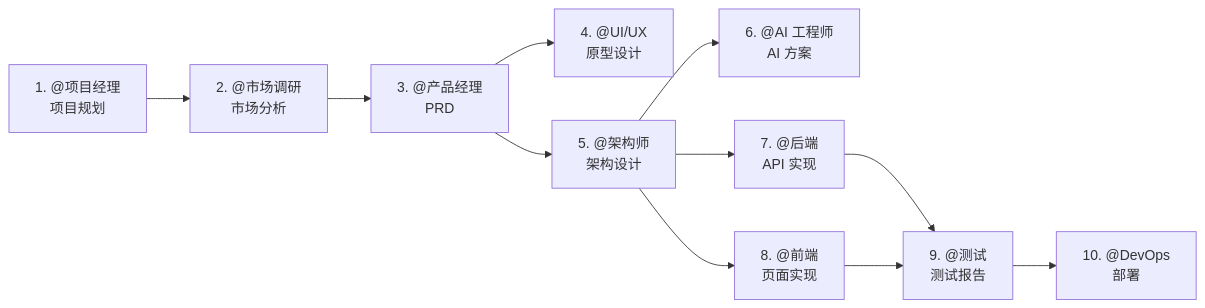
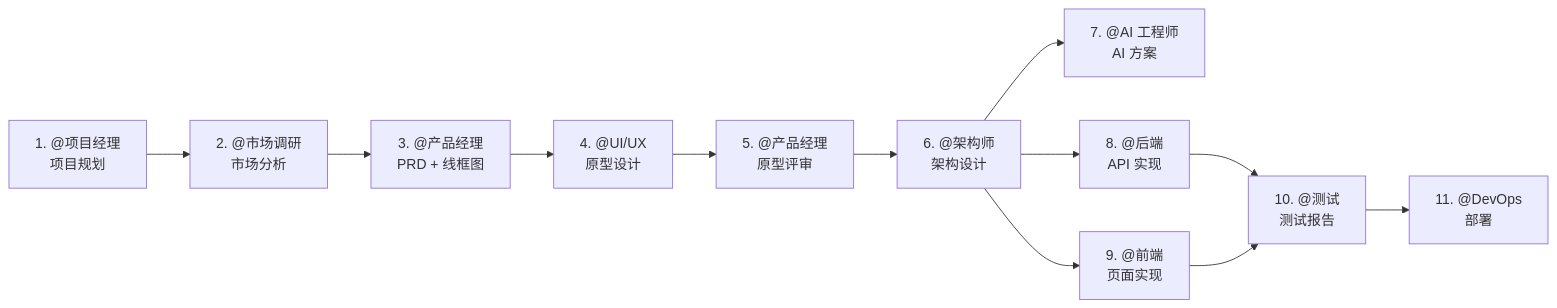
Before and after one commit to bignof/Agent-Team-Framework: the diagram in README.md, drawn with Mermaid. The commit also changed other lines of this file and 8 other files, not shown here.

````diff
--- a/README.md
+++ b/README.md
@@ -57,13 +57,14 @@
 ```mermaid
 graph LR
     A[1. @项目经理<br/>项目规划] --> B[2. @市场调研<br/>市场分析]
-    B --> C[3. @产品经理<br/>PRD]
+    B --> C[3. @产品经理<br/>PRD + 线框图]
     C --> D[4. @UI/UX<br/>原型设计]
-    C --> E[5. @架构师<br/>架构设计]
-    E --> F[6. @AI 工程师<br/>AI 方案]
-    E --> G[7. @后端<br/>API 实现]
-    E --> H[8. @前端<br/>页面实现]
-    G --> I[9. @测试<br/>测试报告]
-    H --> I
-    I --> J[10. @DevOps<br/>部署]
+    D --> E[5. @产品经理<br/>原型评审]
+    E --> F[6. @架构师<br/>架构设计]
+    F --> G[7. @AI 工程师<br/>AI 方案]
+    F --> H[8. @后端<br/>API 实现]
+    F --> I[9. @前端<br/>页面实现]
+    H --> J[10. @测试<br/>测试报告]
+    I --> J
+    J --> K[11. @DevOps<br/>部署]
 ```
````
